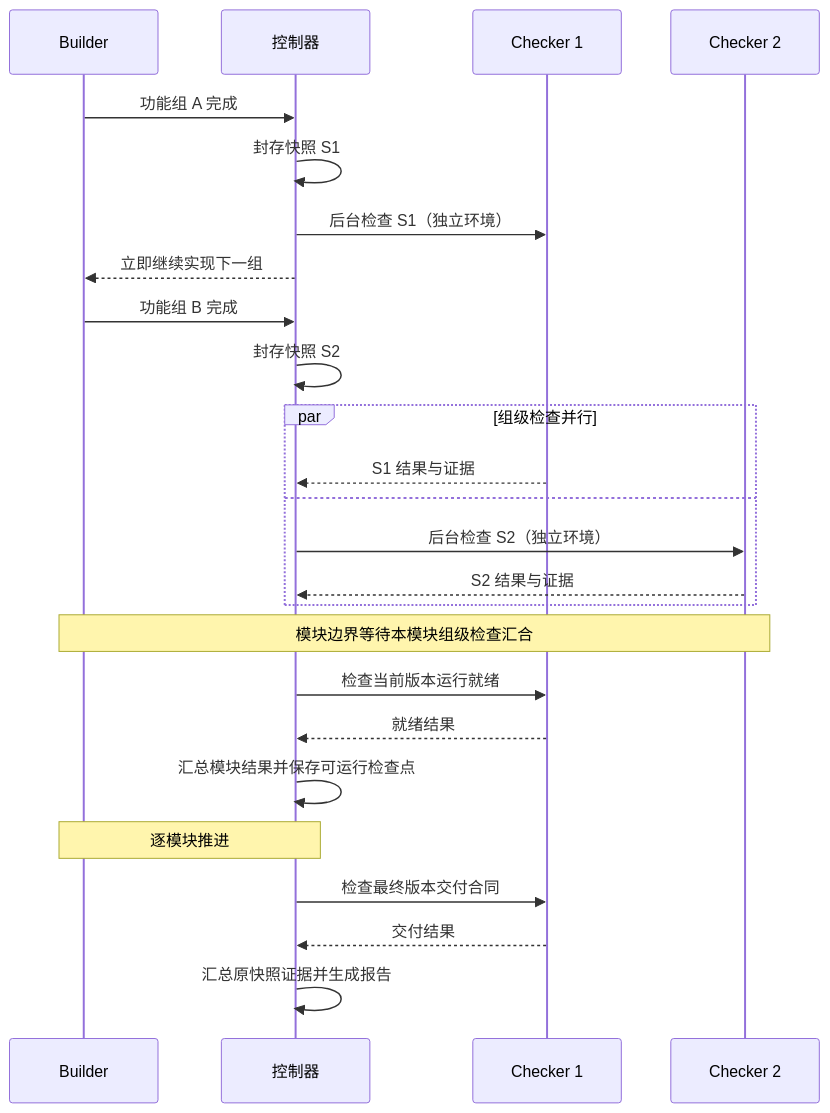
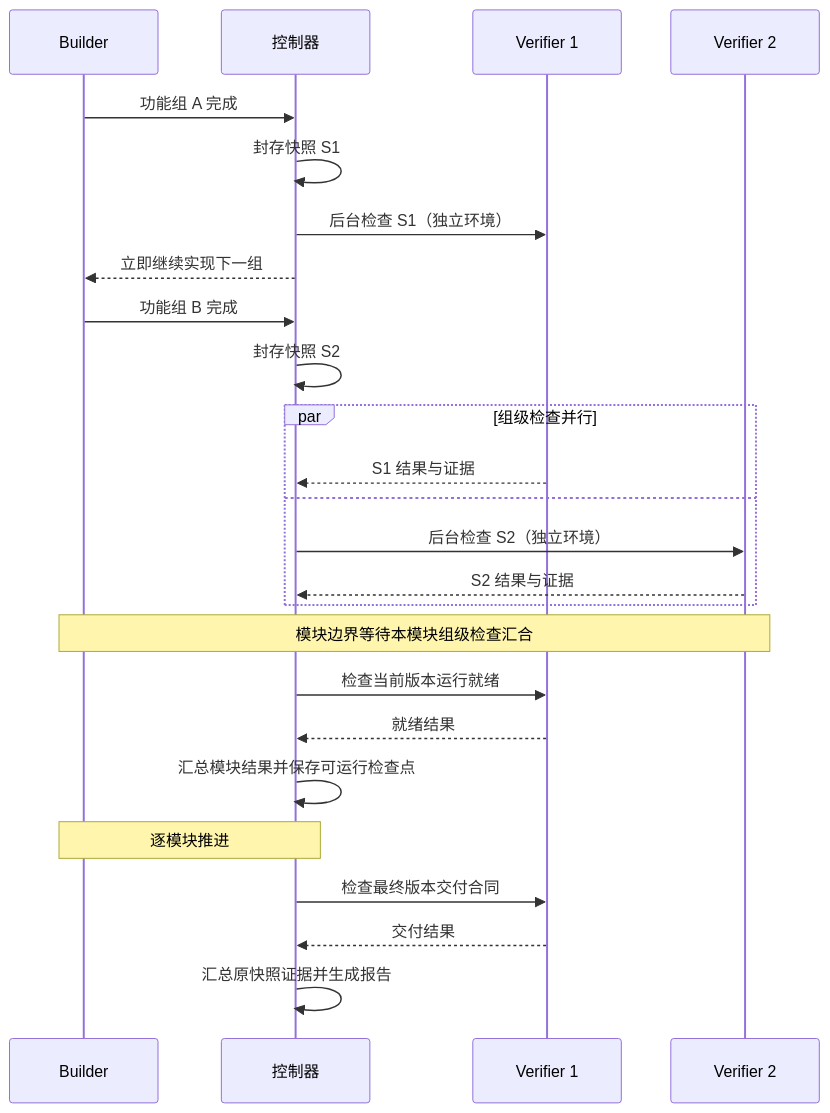
The diagram in README.md (TheaDust/shallow-code), drawn with Mermaid before and after one commit. The commit also changed other lines of this file and 165 other files, not shown here.

First line of the commit message:
feat: Checker 更名为 Verifier，统一三角色配置与提示词资产

````diff
--- a/README.md
+++ b/README.md
@@ -18,31 +18,31 @@
 ```mermaid
 sequenceDiagram
     participant B as Builder
     participant C as 控制器
-    participant K1 as Checker 1
-    participant K2 as Checker 2
+    participant K1 as Verifier 1
+    participant K2 as Verifier 2
 
     B->>C: 功能组 A 完成
     C->>C: 封存快照 S1
     C->>K1: 后台检查 S1（独立环境）
     C-->>B: 立即继续实现下一组
     B->>C: 功能组 B 完成
     C->>C: 封存快照 S2
 
     par 组级检查并行
         K1-->>C: S1 结果与证据
     and
         C->>K2: 后台检查 S2（独立环境）
         K2-->>C: S2 结果与证据
     end
 
     Note over B,K2: 模块边界等待本模块组级检查汇合
     C->>K1: 检查当前版本运行就绪
     K1-->>C: 就绪结果
     C->>C: 汇总模块结果并保存可运行检查点
     Note over B,C: 逐模块推进
 
     C->>K1: 检查最终版本交付合同
     K1-->>C: 交付结果
     C->>C: 汇总原快照证据并生成报告
 ```
````
